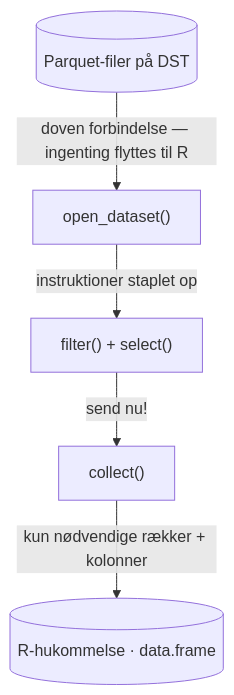
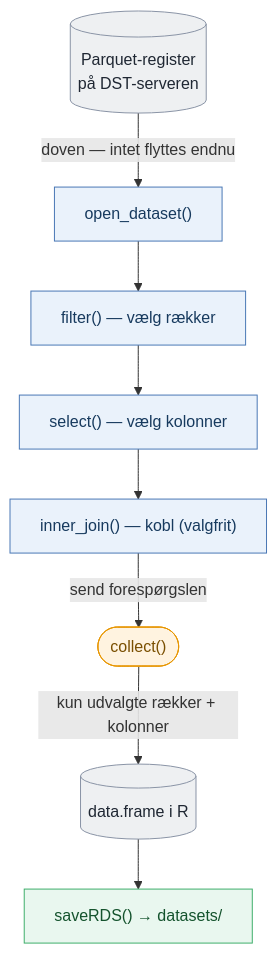
One commit to steno-aarhus/registers-guide changed the diagram in docs/da/05_universelle-moenster.qmd. Above: the diagram before and after it, drawn with Mermaid. The commit also changed other lines of this file and 12 other files, not shown here.

````diff
--- a/docs/da/05_universelle-moenster.qmd
+++ b/docs/da/05_universelle-moenster.qmd
@@ -146,13 +146,22 @@
 ```{mermaid}
 flowchart TD
-    P[("Parquet-filer på DST")]
-    L["open_dataset()"]
-    F["filter() + select()"]
-    C["collect()"]
-    R[("R-hukommelse · data.frame")]
+    P[("Parquet-register<br>på DST-serveren")]:::store
+    L["open_dataset()"]:::lazy
+    F["filter() — vælg rækker"]:::lazy
+    S["select() — vælg kolonner"]:::lazy
+    J["inner_join() — kobl (valgfrit)"]:::lazy
+    C(["collect()"]):::collect
+    R[("data.frame i R")]:::store
+    V["saveRDS() → datasets/"]:::save
 
-    P -->|"doven forbindelse — ingenting flyttes til R"| L
-    L -->|"instruktioner staplet op"| F
-    F -->|"send nu!"| C
-    C -->|"kun nødvendige rækker + kolonner"| R
+    P -->|"doven — intet flyttes endnu"| L
+    L --> F --> S --> J
+    J -->|"send forespørgslen"| C
+    C -->|"kun udvalgte rækker + kolonner"| R
+    R --> V
+
+    classDef store fill:#eef0f2,stroke:#8a94a6,color:#1f2733;
+    classDef lazy fill:#eaf2fb,stroke:#4a78b5,color:#173a5e;
+    classDef collect fill:#fff3e0,stroke:#e69500,color:#7a4f00;
+    classDef save fill:#e9f7ef,stroke:#3fae6b,color:#14532d;
 ```
````
